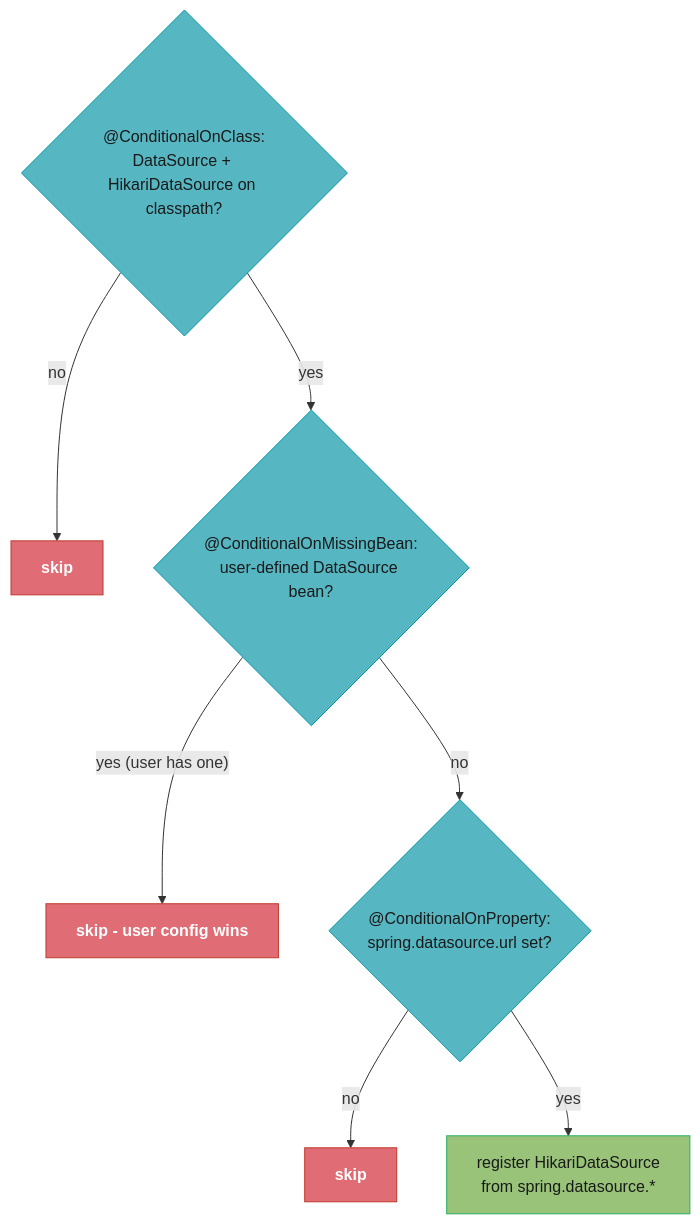
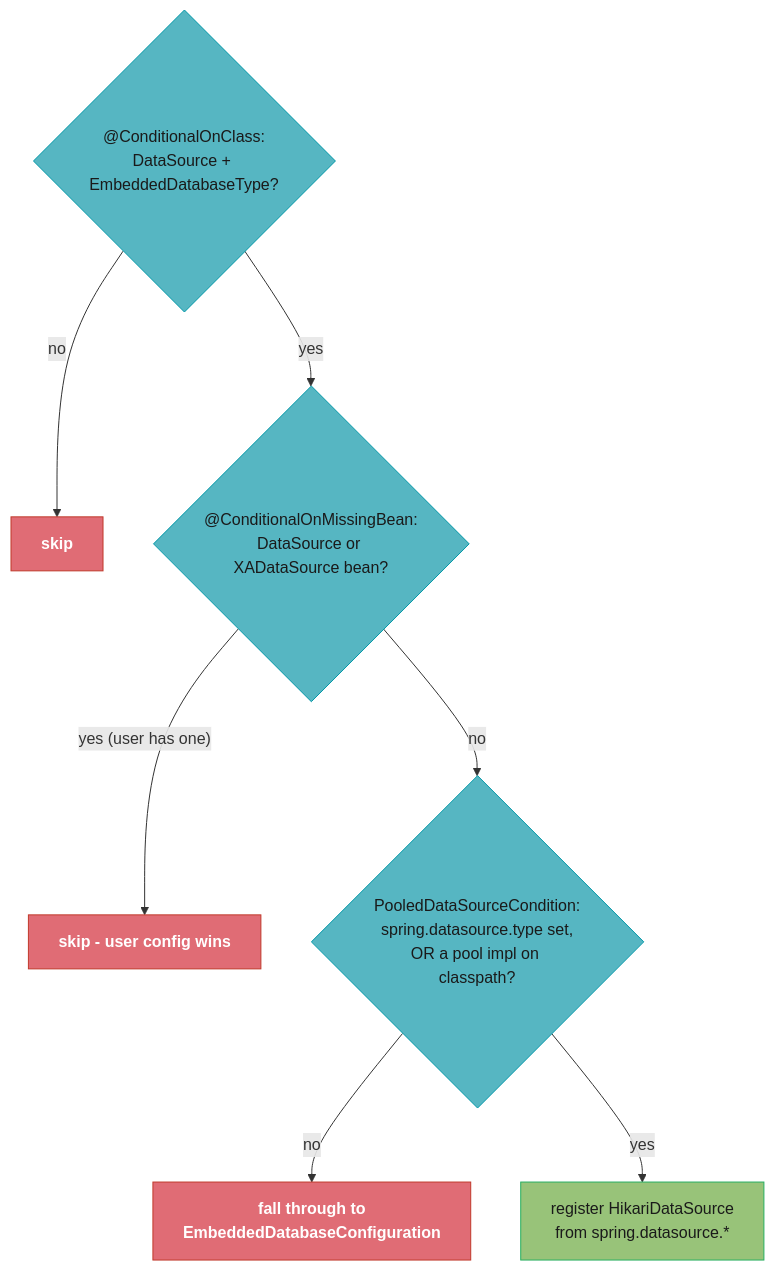
One commit to rppol/system-design changed the second of 3 diagrams in src/main/java/com/rutik/systemdesign/spring/spring_boot_autoconfiguration/README.md. Above: the diagram before and after it, drawn with Mermaid. The commit also changed other lines of this file and 6 other files, not shown here.

````diff
--- a/src/main/java/com/rutik/systemdesign/spring/spring_boot_autoconfiguration/README.md
+++ b/src/main/java/com/rutik/systemdesign/spring/spring_boot_autoconfiguration/README.md
@@ -82,17 +85,17 @@
 ```mermaid
 flowchart TD
     classDef req   fill:#56b6c2,stroke:#0097a7,color:#1a1a1a
     classDef train fill:#98c379,stroke:#27ae60,color:#1a1a1a
     classDef lossN fill:#e06c75,stroke:#c0392b,color:#fff,font-weight:bold
 
-    A{"@ConditionalOnClass:\nDataSource + HikariDataSource on classpath?"} -->|"no"| X1["skip"]
-    A -->|"yes"| B{"@ConditionalOnMissingBean:\nuser-defined DataSource bean?"}
+    A{"@ConditionalOnClass:\nDataSource + EmbeddedDatabaseType?"} -->|"no"| X1["skip"]
+    A -->|"yes"| B{"@ConditionalOnMissingBean:\nDataSource or XADataSource bean?"}
     B -->|"yes (user has one)"| X2["skip - user config wins"]
-    B -->|"no"| C{"@ConditionalOnProperty:\nspring.datasource.url set?"}
-    C -->|"no"| X3["skip"]
+    B -->|"no"| C{"PooledDataSourceCondition:\nspring.datasource.type set,\nOR a pool impl on classpath?"}
+    C -->|"no"| X3["fall through to\nEmbeddedDatabaseConfiguration"]
     C -->|"yes"| D["register HikariDataSource\nfrom spring.datasource.*"]
 
     class A,B,C req
     class D train
     class X1,X2,X3 lossN
 ```
````
